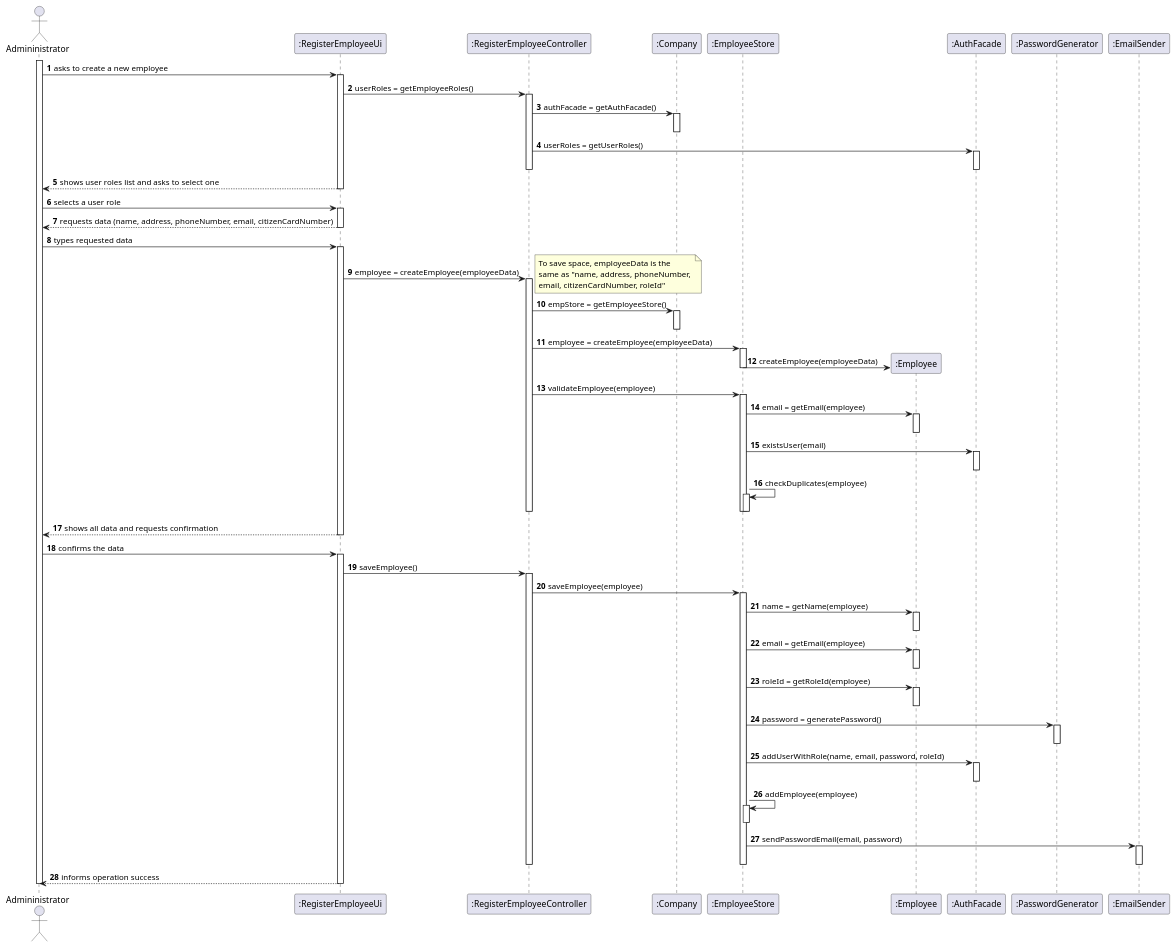
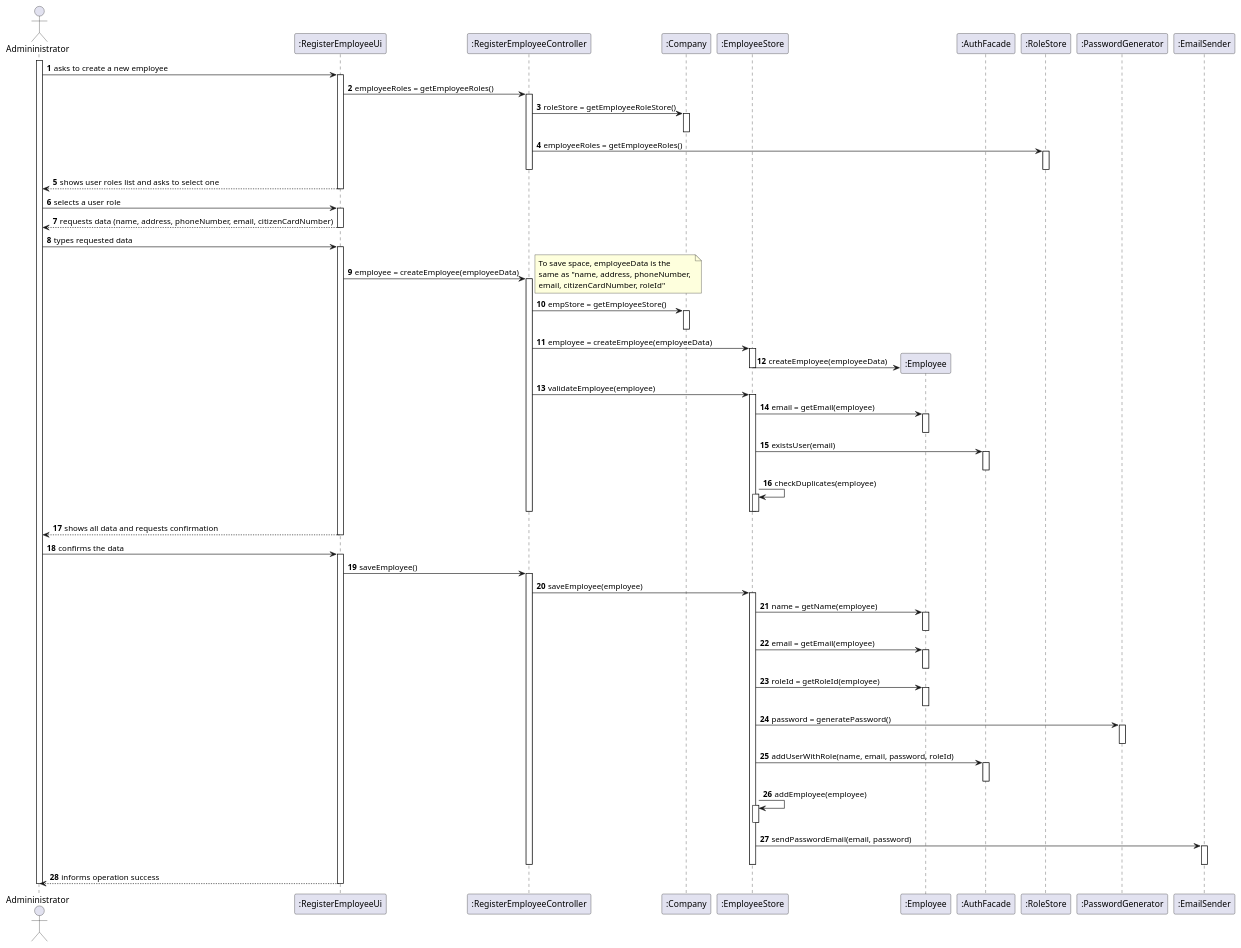
Before and after one commit to miseEnPlace-i/lapr2: the diagram in docs/SprintB/US10/SD/US10_SD.puml, drawn with PlantUML.

Commit message:
docs(us-10): updated sd - added roleStore

```diff
--- a/docs/SprintB/US10/SD/US10_SD.puml
+++ b/docs/SprintB/US10/SD/US10_SD.puml
@@ -1,106 +1,107 @@
 @startuml US10_SD
 autonumber
 ' hide footbox
 actor "Admininistrator" as admin
 
 participant ":RegisterEmployeeUi" as empUi
 participant ":RegisterEmployeeController" as empController
 participant ":Company" as comp
 participant ":EmployeeStore" as empStore
 participant ":Employee" as emp
 participant ":AuthFacade" as authFacade
+participant ":RoleStore" as roleStore
 participant ":PasswordGenerator" as passGen
 participant  ":EmailSender" as emailSend
 
 activate admin
 
 admin -> empUi : asks to create a new employee
 
 activate empUi
-    empUi -> empController : userRoles = getEmployeeRoles()
+    empUi -> empController : employeeRoles = getEmployeeRoles()
     activate empController
-        empController -> comp : authFacade = getAuthFacade()
+        empController -> comp : roleStore = getEmployeeRoleStore()
         activate comp
         deactivate comp
-        empController -> authFacade : userRoles = getUserRoles()
-        activate authFacade
-        deactivate authFacade
+        empController -> roleStore : employeeRoles = getEmployeeRoles()
+        activate roleStore
+        deactivate roleStore
     deactivate empController
     empUi --> admin : shows user roles list and asks to select one
 deactivate empUi
 
 admin -> empUi : selects a user role
 
 activate empUi
     empUi --> admin : requests data (name, address, phoneNumber, email, citizenCardNumber)
 deactivate empUi
 
 admin -> empUi : types requested data
 
 activate empUi
     empUi -> empController : employee = createEmployee(employeeData)
     note right
         To save space, employeeData is the 
         same as "name, address, phoneNumber, 
         email, citizenCardNumber, roleId"
     end note
     activate empController
         empController -> comp : empStore = getEmployeeStore()
         activate comp
         deactivate comp
         empController -> empStore : employee = createEmployee(employeeData)
         activate empStore
             empStore -> emp** : createEmployee(employeeData)
         deactivate empStore
         empController -> empStore : validateEmployee(employee)
         activate empStore
             empStore -> emp : email = getEmail(employee)
             activate emp
             deactivate emp
             empStore -> authFacade : existsUser(email)
             activate authFacade
             deactivate authFacade
             empStore -> empStore : checkDuplicates(employee)
             activate empStore
             deactivate empStore
         deactivate empStore
     deactivate empController
     empUi --> admin : shows all data and requests confirmation
 deactivate empUi
             
 admin -> empUi : confirms the data
 
 activate empUi
     empUi -> empController : saveEmployee()
     activate empController
         empController -> empStore : saveEmployee(employee)
         activate empStore
             empStore -> emp : name = getName(employee)
             activate emp
             deactivate emp
             empStore -> emp : email = getEmail(employee)
             activate emp
             deactivate emp
             empStore -> emp : roleId = getRoleId(employee)
             activate emp
             deactivate emp
             empStore -> passGen : password = generatePassword()
             activate passGen
             deactivate passGen
             empStore -> authFacade : addUserWithRole(name, email, password, roleId)
             activate authFacade
             deactivate authFacade
             empStore -> empStore : addEmployee(employee)
             activate empStore
             deactivate empStore
             empStore -> emailSend : sendPasswordEmail(email, password)
             activate emailSend
             deactivate emailSend
         deactivate empStore
     deactivate empController
     empUi --> admin : informs operation success
 deactivate empUi
 
 deactivate admin
 
 @enduml
```
